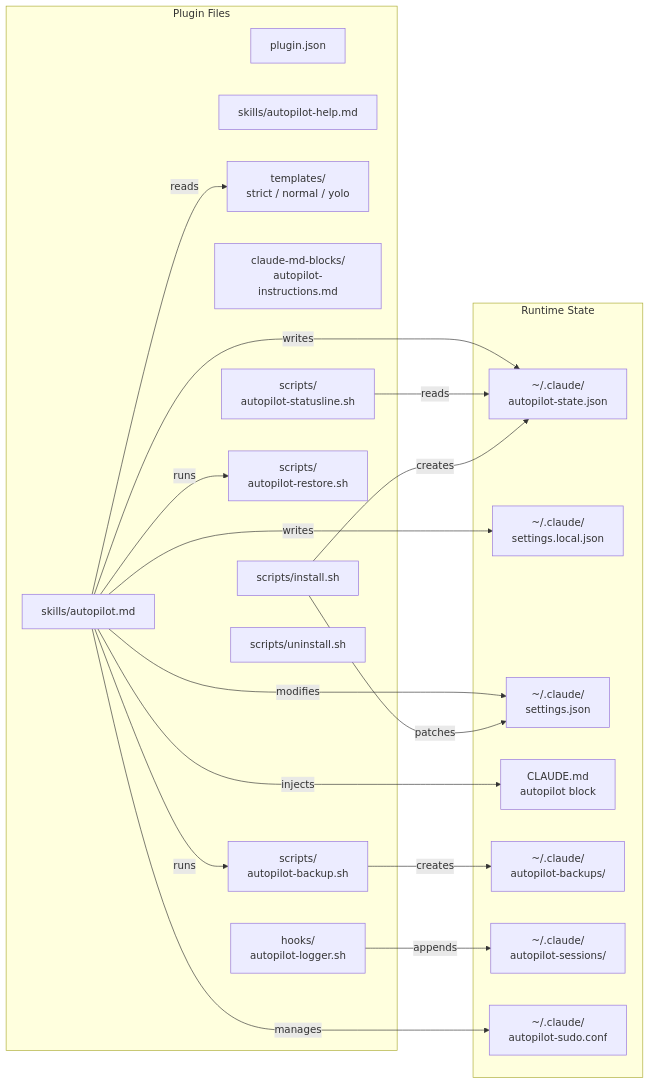
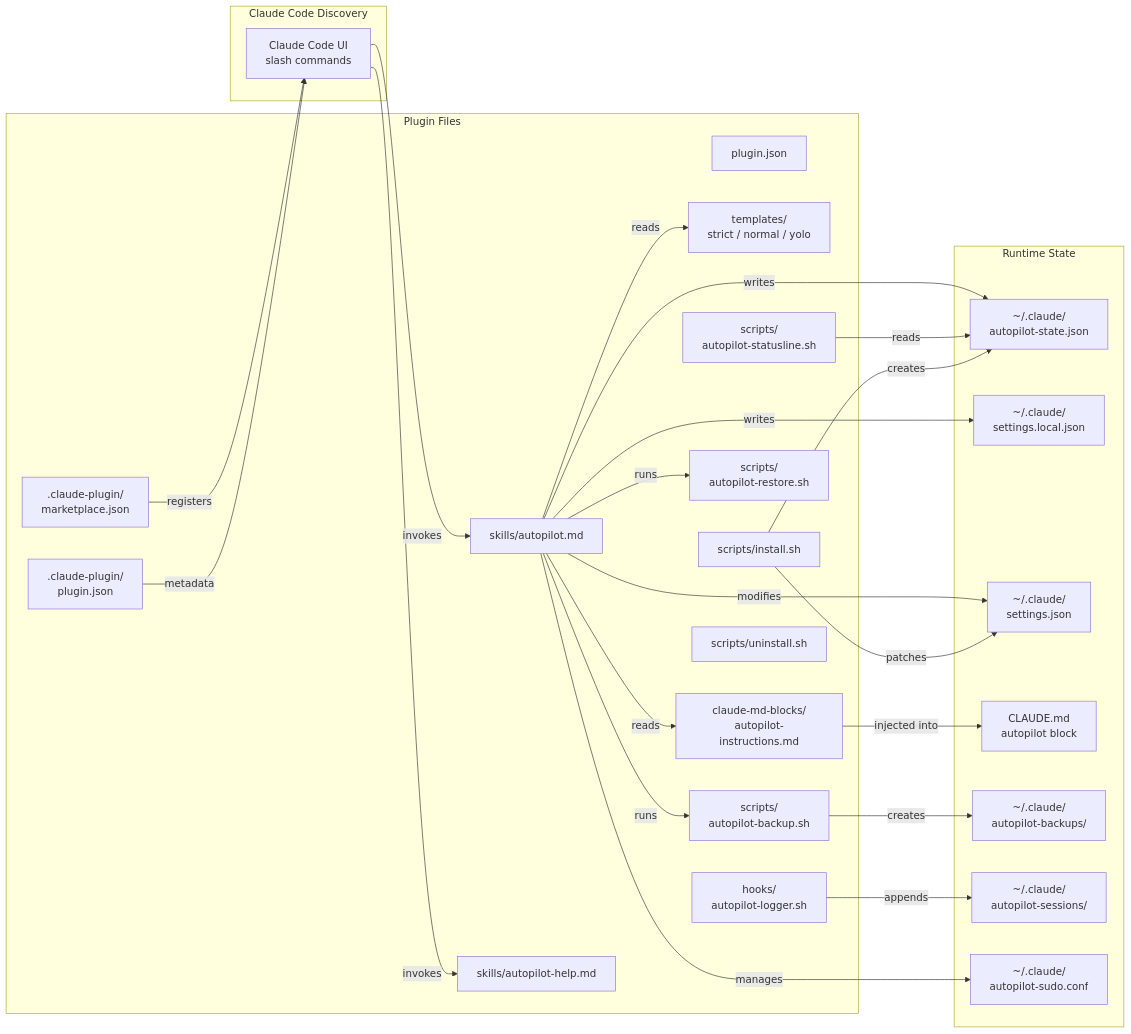
Before and after one commit to devjyoti786/autopilot-plugin: the second of 2 diagrams in README.md, drawn with Mermaid.

Commit message:
docs: update architecture diagram with .claude-plugin/ nodes and skill discovery flow
Adds .claude-plugin/marketplace.json and plugin.json nodes showing how
Claude Code discovers /autopilot and /autopilot-help slash commands.
Adds SK -- reads --> CB relationship (skill reads instructions template
before injecting into CLAUDE.md). Adds Discovery subgraph.

````diff
--- a/README.md
+++ b/README.md
@@ -276,40 +276,51 @@
 ```mermaid
 graph LR
     subgraph Plugin["Plugin Files"]
+        MP[".claude-plugin/<br/>marketplace.json"]
+        MPJ[".claude-plugin/<br/>plugin.json"]
         PJ["plugin.json"]
         SK["skills/autopilot.md"]
         SH["skills/autopilot-help.md"]
         TM["templates/<br/>strict / normal / yolo"]
         CB["claude-md-blocks/<br/>autopilot-instructions.md"]
         LG["hooks/<br/>autopilot-logger.sh"]
         BK["scripts/<br/>autopilot-backup.sh"]
         RS["scripts/<br/>autopilot-restore.sh"]
         SL["scripts/<br/>autopilot-statusline.sh"]
         IN["scripts/install.sh"]
         UN["scripts/uninstall.sh"]
     end
 
+    subgraph Discovery["Claude Code Discovery"]
+        CC["Claude Code UI<br/>slash commands"]
+    end
+
     subgraph Runtime["Runtime State"]
         ST["~/.claude/<br/>autopilot-state.json"]
         SLC["~/.claude/<br/>settings.local.json"]
         SJ["~/.claude/<br/>settings.json"]
         CMD["CLAUDE.md<br/>autopilot block"]
         BKD["~/.claude/<br/>autopilot-backups/"]
         LOG["~/.claude/<br/>autopilot-sessions/"]
         SUP["~/.claude/<br/>autopilot-sudo.conf"]
     end
 
+    MP -- registers --> CC
+    MPJ -- metadata --> CC
+    CC -- invokes --> SK
+    CC -- invokes --> SH
     SK -- reads --> TM
+    SK -- reads --> CB
+    CB -- injected into --> CMD
     SK -- writes --> SLC
-    SK -- injects --> CMD
     SK -- runs --> BK
     SK -- runs --> RS
     SK -- writes --> ST
     SK -- modifies --> SJ
     BK -- creates --> BKD
     LG -- appends --> LOG
     SL -- reads --> ST
     IN -- patches --> SJ
     IN -- creates --> ST
     SK -- manages --> SUP
 ```
````
